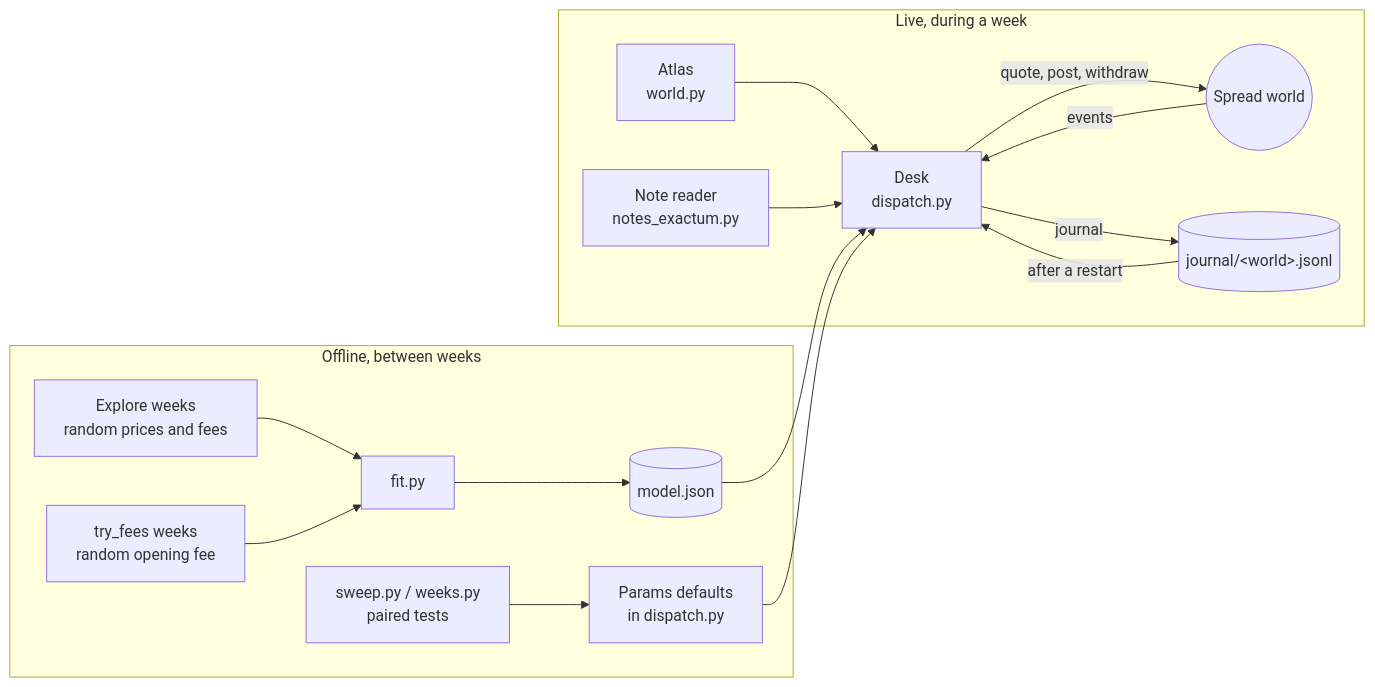
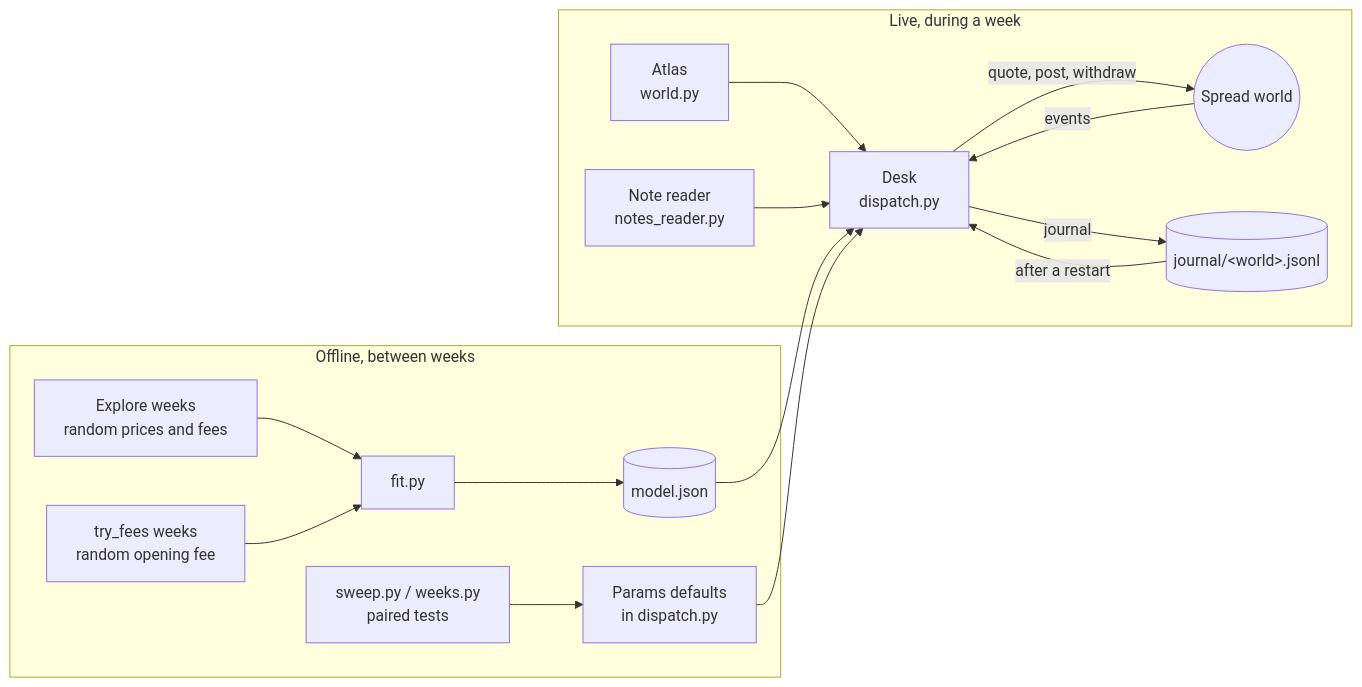
Before and after one commit to tvh-ds/MathNet---Spread-Challenge---Junction-2026: the first of 3 diagrams in docs/architecture/ARCHITECTURE_v1.md, drawn with Mermaid. The commit also changed other lines of this file and 8 other files, not shown here.

````diff
--- a/docs/architecture/ARCHITECTURE_v1.md
+++ b/docs/architecture/ARCHITECTURE_v1.md
@@ -8,19 +8,19 @@
 ```mermaid
 flowchart LR
   subgraph Offline["Offline, between weeks"]
     E["Explore weeks<br/>random prices and fees"] --> F["fit.py"]
     T["try_fees weeks<br/>random opening fee"] --> F
     F --> M[("model.json")]
     S["sweep.py / weeks.py<br/>paired tests"] --> P["Params defaults<br/>in dispatch.py"]
   end
   subgraph Live["Live, during a week"]
     W(("Spread world")) -- events --> D["Desk<br/>dispatch.py"]
     D -- "quote, post, withdraw" --> W
     A["Atlas<br/>world.py"] --> D
-    N["Note reader<br/>notes_exactum.py"] --> D
+    N["Note reader<br/>notes_reader.py"] --> D
     M --> D
     P --> D
     D -- journal --> J[("journal/&lt;world&gt;.jsonl")]
     J -- after a restart --> D
   end
 ```
````
